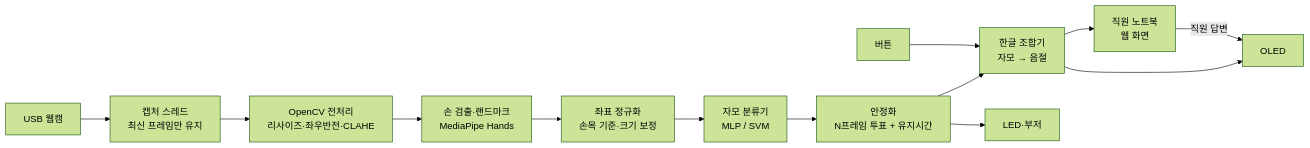
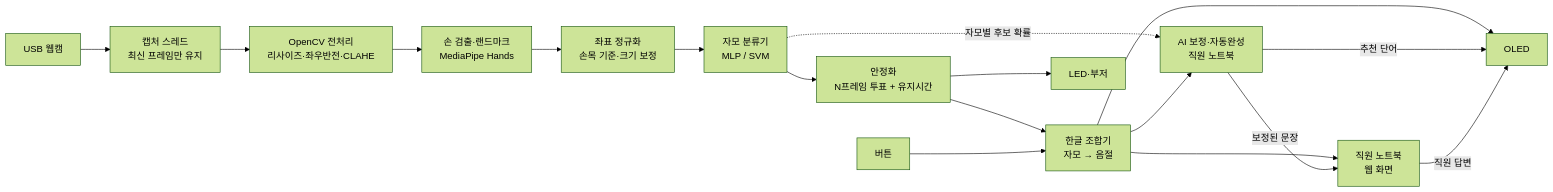
One commit to 203536/SL_Translation_System changed the diagram in docs/PROPOSAL_FINGERSPELLING.md. Above: the diagram before and after it, drawn with Mermaid (forest theme). The commit also changed other lines of this file, not shown here.

````diff
--- a/docs/PROPOSAL_FINGERSPELLING.md
+++ b/docs/PROPOSAL_FINGERSPELLING.md
@@ -142,15 +153,19 @@
 ```mermaid
 flowchart LR
     CAM[USB 웹캠] --> CAP[캡처 스레드<br/>최신 프레임만 유지]
     CAP --> PRE[OpenCV 전처리<br/>리사이즈·좌우반전·CLAHE]
     PRE --> HAND[손 검출·랜드마크<br/>MediaPipe Hands]
     HAND --> NORM[좌표 정규화<br/>손목 기준·크기 보정]
     NORM --> CLF[자모 분류기<br/>MLP / SVM]
     CLF --> STAB[안정화<br/>N프레임 투표 + 유지시간]
     STAB --> HG[한글 조합기<br/>자모 → 음절]
     HG --> OUT1[OLED]
     STAB --> OUT2[LED·부저]
     HG --> NET[직원 노트북<br/>웹 화면]
+    CLF -.->|자모별 후보 확률| AI
+    HG --> AI[AI 보정·자동완성<br/>직원 노트북]
+    AI -->|추천 단어| OUT1
+    AI -->|보정된 문장| NET
     BTN[버튼] --> HG
     NET -->|직원 답변| OUT1
 ```
````
